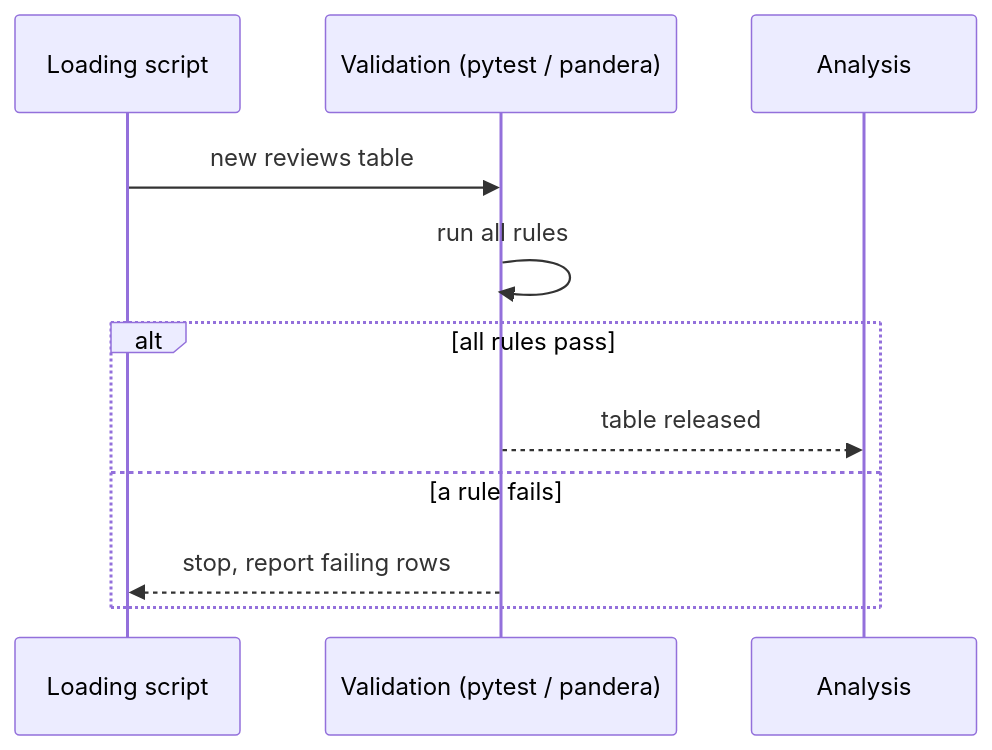
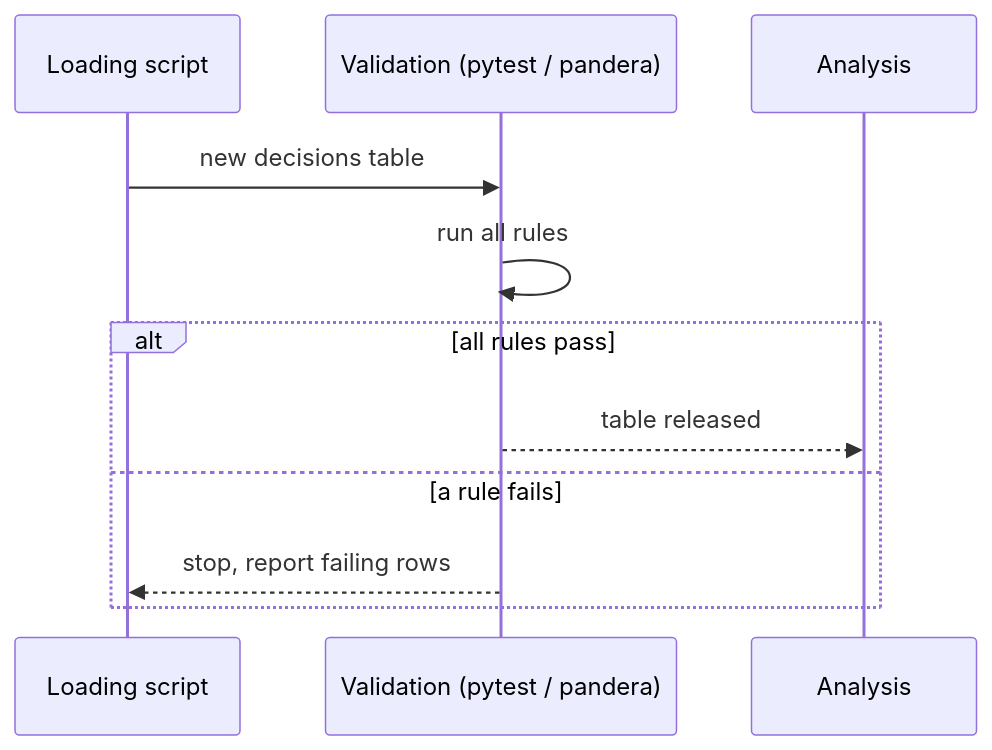
One commit to khoadaniel/statistical-programming-mpmd-htw-ws-2026 changed the third of 3 diagrams in sessions/04-data-quality/theory/01-data-quality-checks.md. Above: the diagram before and after it, drawn with Mermaid. The commit also changed other lines of this file and 268 other files, not shown here.

````diff
--- a/sessions/04-data-quality/theory/01-data-quality-checks.md
+++ b/sessions/04-data-quality/theory/01-data-quality-checks.md
@@ -212,13 +198,13 @@
 ```mermaid
 sequenceDiagram
     participant L as Loading script
     participant V as Validation (pytest / pandera)
     participant A as Analysis
-    L->>V: new reviews table
+    L->>V: new decisions table
     V->>V: run all rules
     alt all rules pass
         V-->>A: table released
     else a rule fails
         V-->>L: stop, report failing rows
     end
 ```
````
